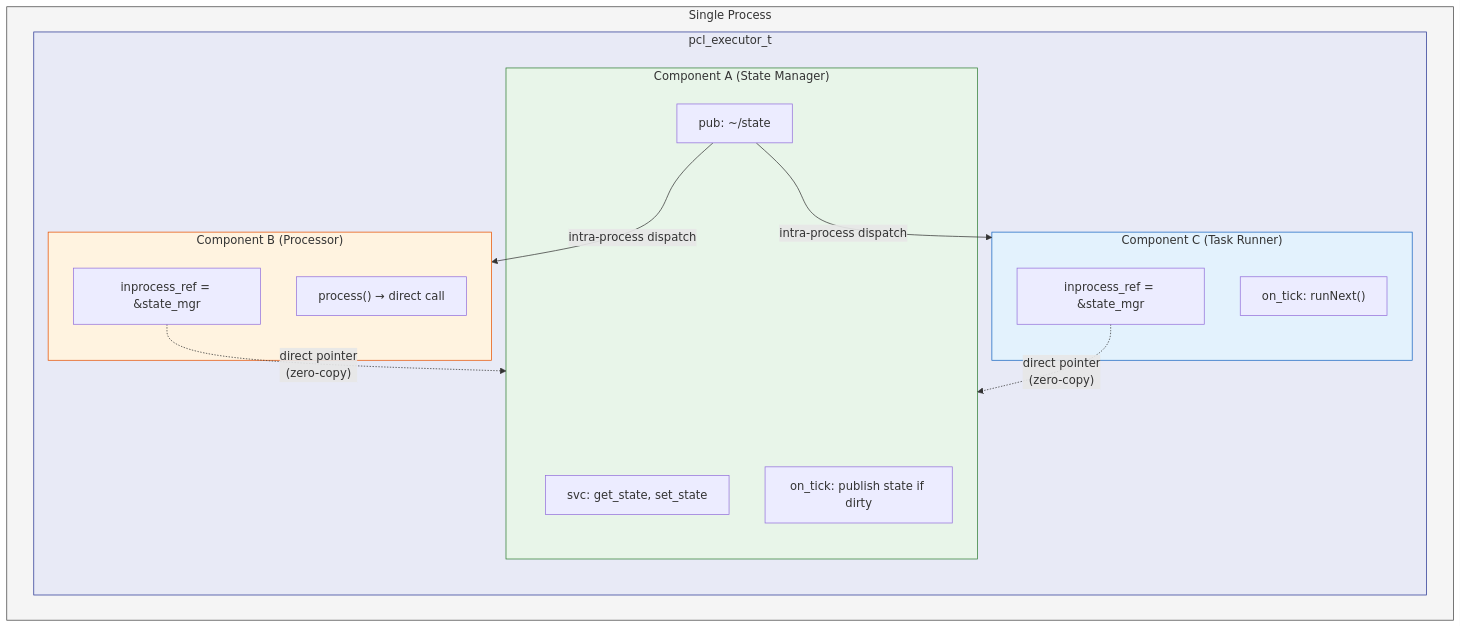
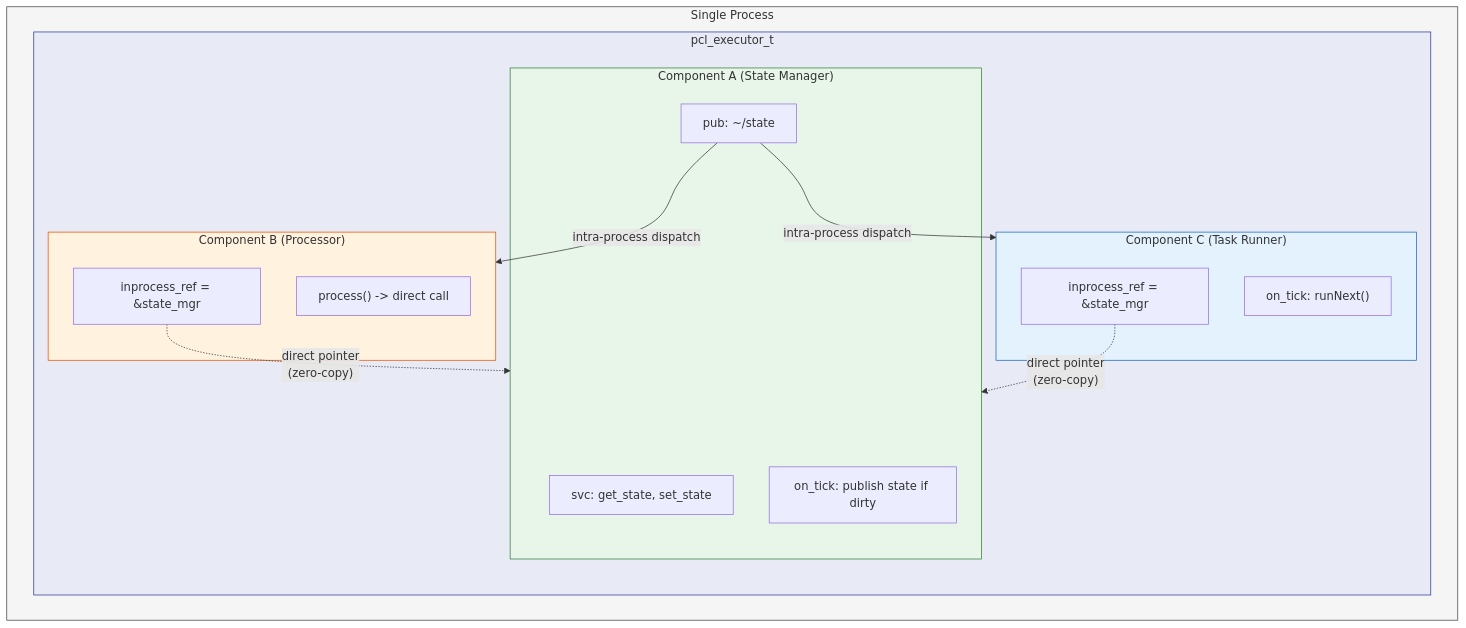
The sixth of 11 diagrams in subprojects/PCL/doc/architecture/08-pcl-component-system.md (Ackoogin/mujin), drawn with Mermaid before and after one commit. The commit also changed other lines of this file and 169 other files, not shown here.

````diff
--- a/subprojects/PCL/doc/architecture/08-pcl-component-system.md
+++ b/subprojects/PCL/doc/architecture/08-pcl-component-system.md
@@ -239,35 +239,35 @@
 ```mermaid
 graph TB
   subgraph Process["Single Process"]
     subgraph Exec["pcl_executor_t"]
       direction TB
 
       subgraph CA["Component A (State Manager)"]
         CA_SVC["svc: get_state, set_state"]
         CA_PUB["pub: ~/state"]
         CA_TICK["on_tick: publish state if dirty"]
       end
 
       subgraph CB["Component B (Processor)"]
         CB_REF["inprocess_ref = &state_mgr"]
-        CB_METHOD["process() → direct call"]
+        CB_METHOD["process() -> direct call"]
       end
 
       subgraph CC["Component C (Task Runner)"]
         CC_REF["inprocess_ref = &state_mgr"]
         CC_TICK["on_tick: runNext()"]
       end
     end
   end
 
   CB_REF -.->|"direct pointer<br/>(zero-copy)"| CA
   CC_REF -.->|"direct pointer<br/>(zero-copy)"| CA
   CA_PUB -->|"intra-process dispatch"| CB
   CA_PUB -->|"intra-process dispatch"| CC
 
   style Process fill:#f5f5f5,stroke:#424242
   style Exec fill:#e8eaf6,stroke:#283593
   style CA fill:#e8f5e9,stroke:#2e7d32
   style CB fill:#fff3e0,stroke:#e65100
   style CC fill:#e3f2fd,stroke:#1565c0
 ```
````
